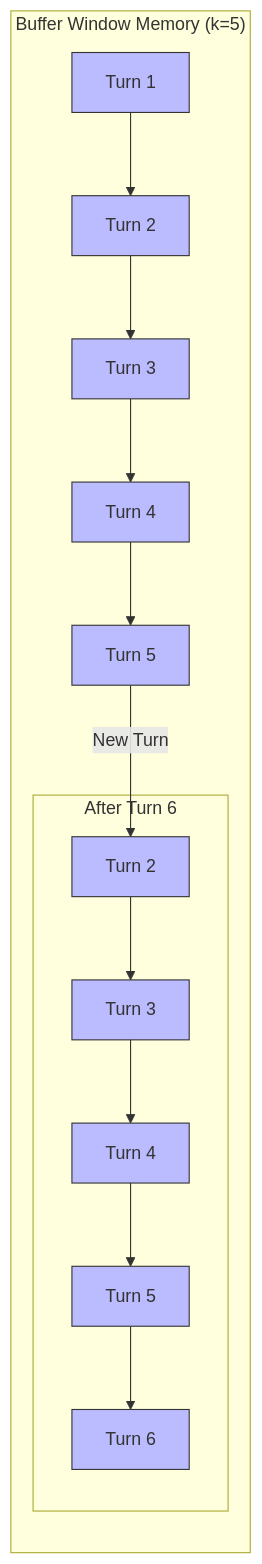
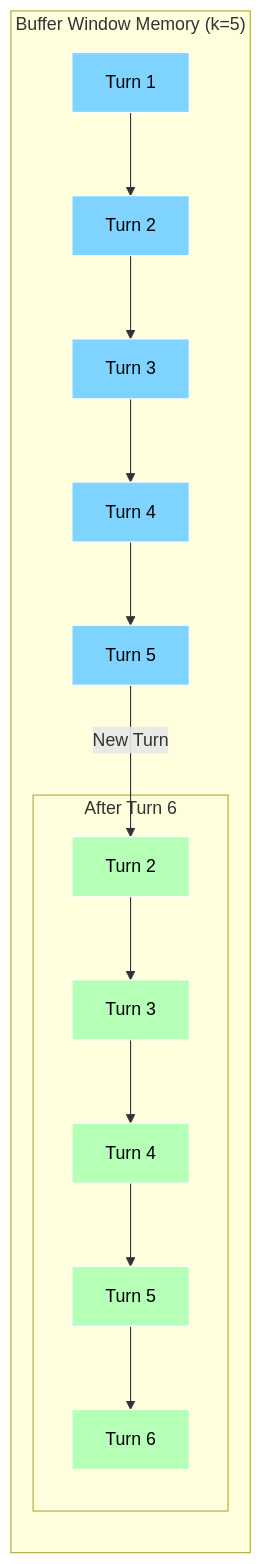
Before and after one commit to jwwelbor/AgentMap: the fourth of 8 diagrams in docs/usage/langchain_memory_in_agentmap.md, drawn with Mermaid. The commit also changed other lines of this file, not shown here.

````diff
--- a/docs/usage/langchain_memory_in_agentmap.md
+++ b/docs/usage/langchain_memory_in_agentmap.md
@@ -162,29 +182,29 @@
 ```mermaid
 graph LR
     subgraph "Buffer Window Memory (k=5)"
         B1[Turn 1] --> B2[Turn 2]
         B2 --> B3[Turn 3]
         B3 --> B4[Turn 4]
         B4 --> B5[Turn 5]
         
         B5 --> |New Turn| C1
         
         subgraph "After Turn 6"
             C1[Turn 2] --> C2[Turn 3]
             C2 --> C3[Turn 4]
             C3 --> C4[Turn 5]
             C4 --> C5[Turn 6]
         end
     end
     
-    style B1 fill:#bbf,stroke:#333,stroke-width:1px
-    style B2 fill:#bbf,stroke:#333,stroke-width:1px
-    style B3 fill:#bbf,stroke:#333,stroke-width:1px
-    style B4 fill:#bbf,stroke:#333,stroke-width:1px
-    style B5 fill:#bbf,stroke:#333,stroke-width:1px
-    style C1 fill:#bbf,stroke:#333,stroke-width:1px
-    style C2 fill:#bbf,stroke:#333,stroke-width:1px
-    style C3 fill:#bbf,stroke:#333,stroke-width:1px
-    style C4 fill:#bbf,stroke:#333,stroke-width:1px
-    style C5 fill:#bbf,stroke:#333,stroke-width:1px
+    style B1 fill:#7FD4FF,stroke:#FFFFFF,stroke-width:1px,color:#000000
+    style B2 fill:#7FD4FF,stroke:#FFFFFF,stroke-width:1px,color:#000000
+    style B3 fill:#7FD4FF,stroke:#FFFFFF,stroke-width:1px,color:#000000
+    style B4 fill:#7FD4FF,stroke:#FFFFFF,stroke-width:1px,color:#000000
+    style B5 fill:#7FD4FF,stroke:#FFFFFF,stroke-width:1px,color:#000000
+    style C1 fill:#B6FFB6,stroke:#FFFFFF,stroke-width:1px,color:#000000
+    style C2 fill:#B6FFB6,stroke:#FFFFFF,stroke-width:1px,color:#000000
+    style C3 fill:#B6FFB6,stroke:#FFFFFF,stroke-width:1px,color:#000000
+    style C4 fill:#B6FFB6,stroke:#FFFFFF,stroke-width:1px,color:#000000
+    style C5 fill:#B6FFB6,stroke:#FFFFFF,stroke-width:1px,color:#000000
 ```
````
